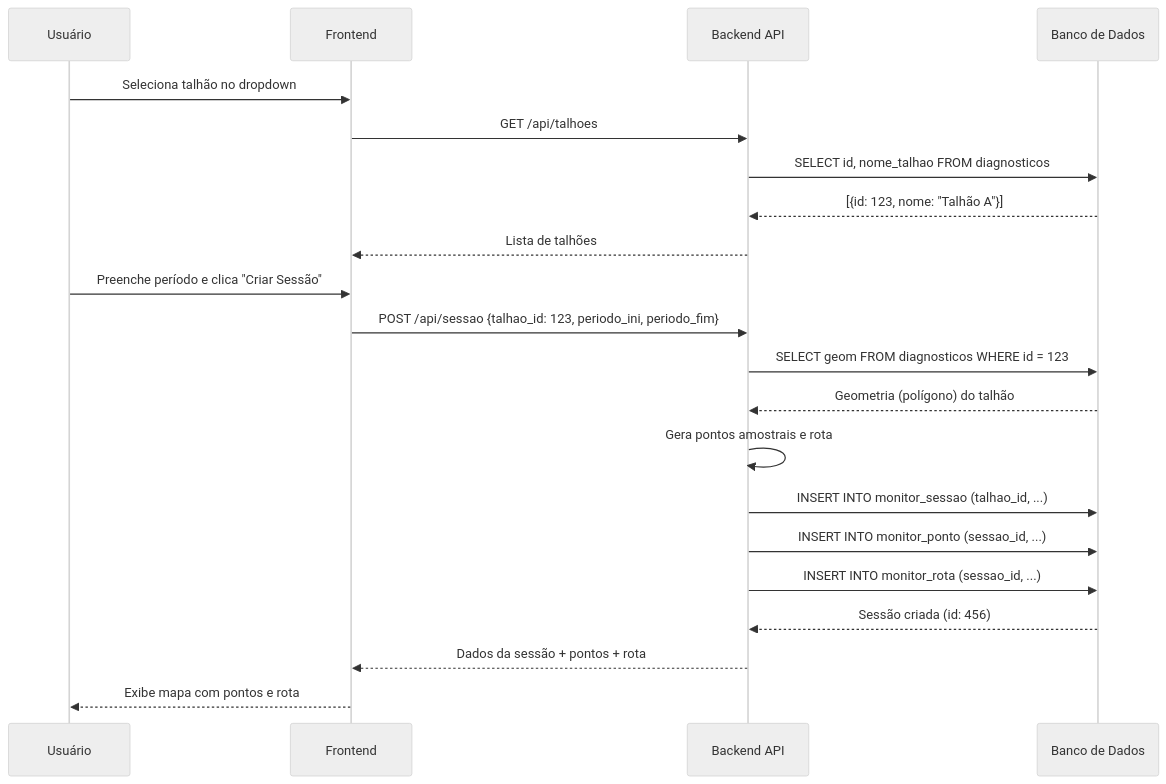
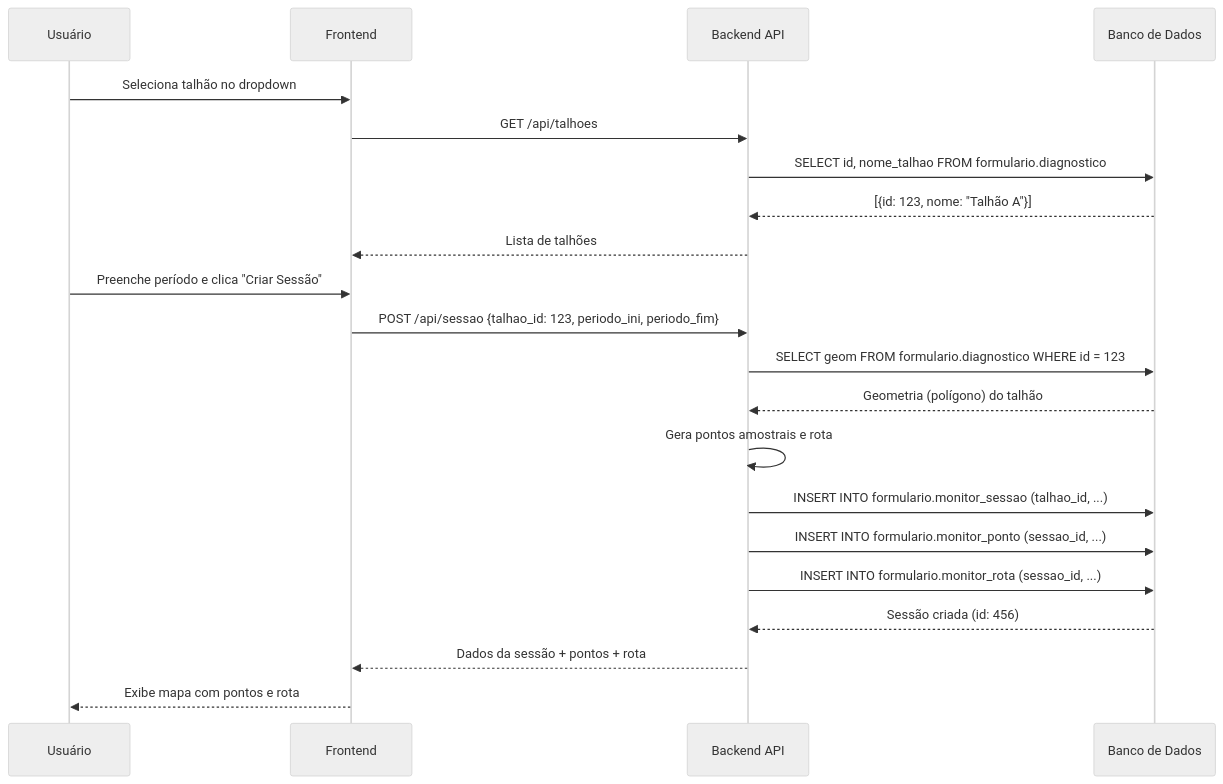
One commit to Sertan-AI/documentacao-ss-camada1 changed the second of 3 diagrams in docs_talhao_id.md. Above: the diagram before and after it, drawn with Mermaid (neutral theme). The commit also changed other lines of this file and 1 other file, not shown here.

Commit message:
Correções em docs_talhao_id.md

````diff
--- a/docs_talhao_id.md
+++ b/docs_talhao_id.md
@@ -241,29 +237,29 @@
 ```mermaid
 sequenceDiagram
     participant U as Usuário
     participant F as Frontend
     participant API as Backend API
     participant DB as Banco de Dados
     
     U->>F: Seleciona talhão no dropdown
     F->>API: GET /api/talhoes
-    API->>DB: SELECT id, nome_talhao FROM diagnosticos
+    API->>DB: SELECT id, nome_talhao FROM formulario.diagnostico
     DB-->>API: [{id: 123, nome: "Talhão A"}]
     API-->>F: Lista de talhões
     
     U->>F: Preenche período e clica "Criar Sessão"
     F->>API: POST /api/sessao {talhao_id: 123, periodo_ini, periodo_fim}
     
-    API->>DB: SELECT geom FROM diagnosticos WHERE id = 123
+    API->>DB: SELECT geom FROM formulario.diagnostico WHERE id = 123
     DB-->>API: Geometria (polígono) do talhão
     
     API->>API: Gera pontos amostrais e rota
     
-    API->>DB: INSERT INTO monitor_sessao (talhao_id, ...)
-    API->>DB: INSERT INTO monitor_ponto (sessao_id, ...)
-    API->>DB: INSERT INTO monitor_rota (sessao_id, ...)
+    API->>DB: INSERT INTO formulario.monitor_sessao (talhao_id, ...)
+    API->>DB: INSERT INTO formulario.monitor_ponto (sessao_id, ...)
+    API->>DB: INSERT INTO formulario.monitor_rota (sessao_id, ...)
     
     DB-->>API: Sessão criada (id: 456)
     API-->>F: Dados da sessão + pontos + rota
     F-->>U: Exibe mapa com pontos e rota
 ```
````
